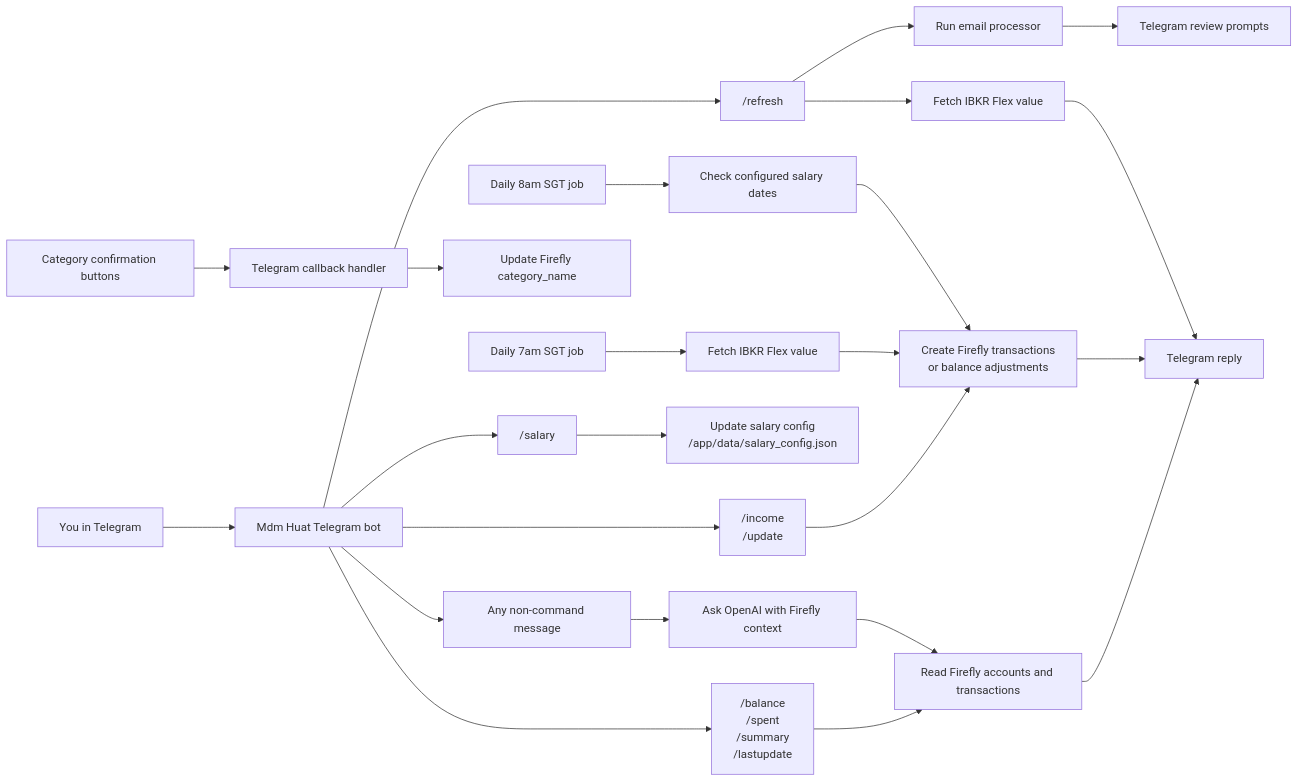
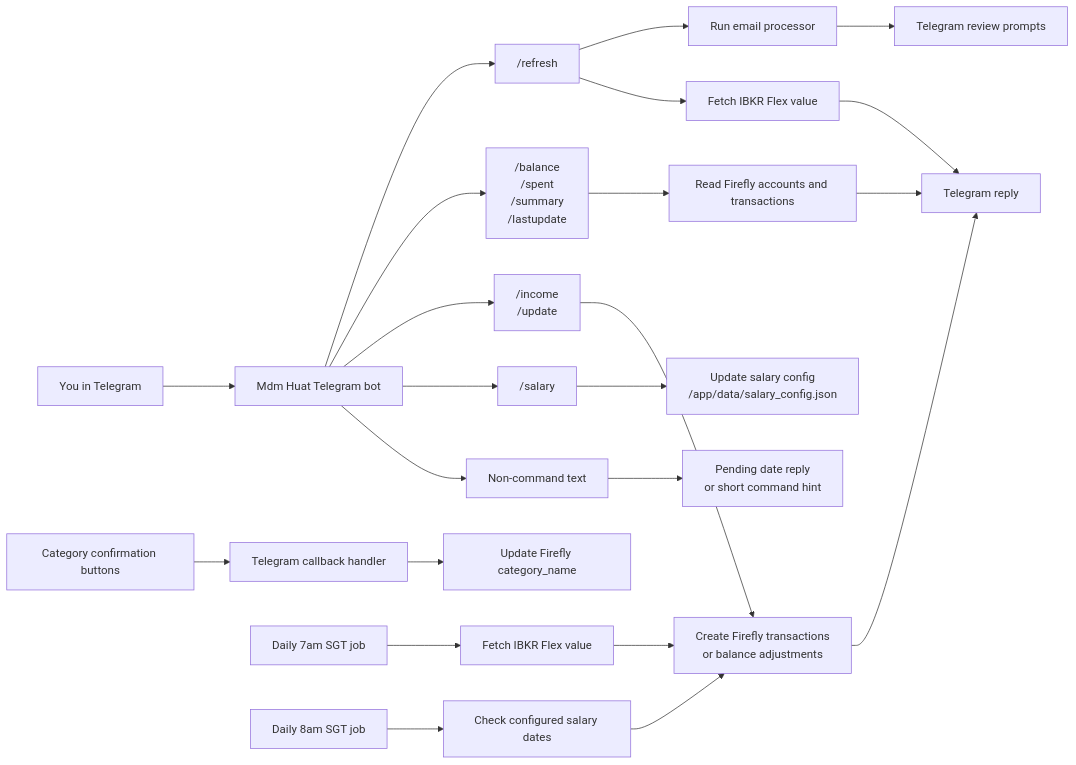
The third of 3 diagrams in README.md (isaaclhk/Finance-Tracker), drawn with Mermaid before and after one commit. The commit also changed other lines of this file and 12 other files, not shown here.

````diff
--- a/README.md
+++ b/README.md
@@ -84,35 +84,34 @@
 ```mermaid
 flowchart LR
     User["You in Telegram"] --> Bot["Mdm Huat Telegram bot"]
 
     Bot --> Refresh["/refresh"]
     Refresh --> EmailFlow["Run email processor"]
     Refresh --> IBKRNow["Fetch IBKR Flex value"]
 
     Bot --> ReadCommands["/balance<br/>/spent<br/>/summary<br/>/lastupdate"]
     ReadCommands --> FireflyRead["Read Firefly accounts and transactions"]
 
     Bot --> WriteCommands["/income<br/>/update"]
     WriteCommands --> FireflyWrite["Create Firefly transactions<br/>or balance adjustments"]
 
     Bot --> SalaryCommand["/salary"]
     SalaryCommand --> SalaryConfig["Update salary config<br/>/app/data/salary_config.json"]
 
-    Bot --> Natural["Any non-command message"]
-    Natural --> QueryLLM["Ask OpenAI with Firefly context"]
-    QueryLLM --> FireflyRead
+    Bot --> TextReply["Non-command text"]
+    TextReply --> DateReply["Pending date reply<br/>or short command hint"]
 
     CategoryPrompt["Category confirmation buttons"] --> Callback["Telegram callback handler"]
     Callback --> CategoryUpdate["Update Firefly category_name"]
 
     DailyIBKR["Daily 7am SGT job"] --> IBKRAuto["Fetch IBKR Flex value"]
     IBKRAuto --> FireflyWrite
 
     DailySalary["Daily 8am SGT job"] --> SalaryCheck["Check configured salary dates"]
     SalaryCheck --> FireflyWrite
 
     FireflyRead --> Reply["Telegram reply"]
     FireflyWrite --> Reply
     EmailFlow --> ReviewPrompts["Telegram review prompts"]
     IBKRNow --> Reply
 ```
````
